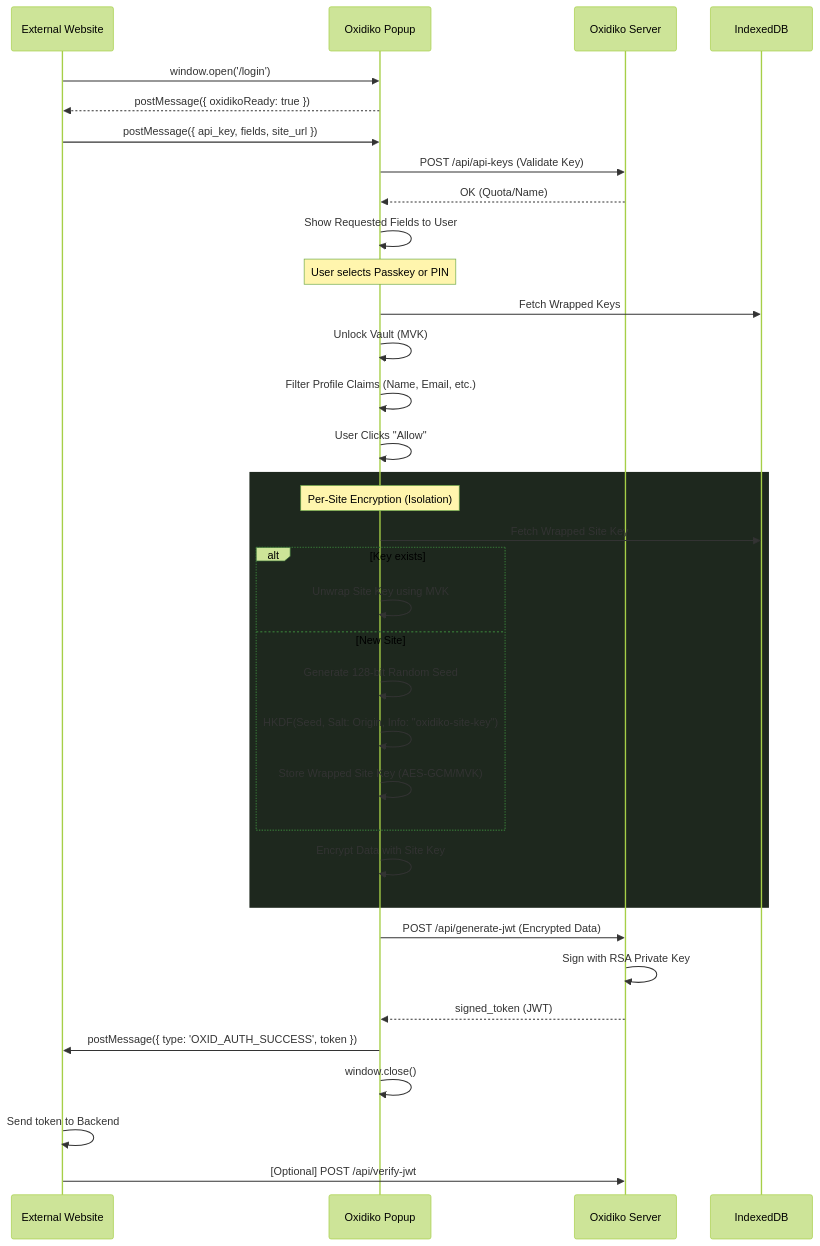
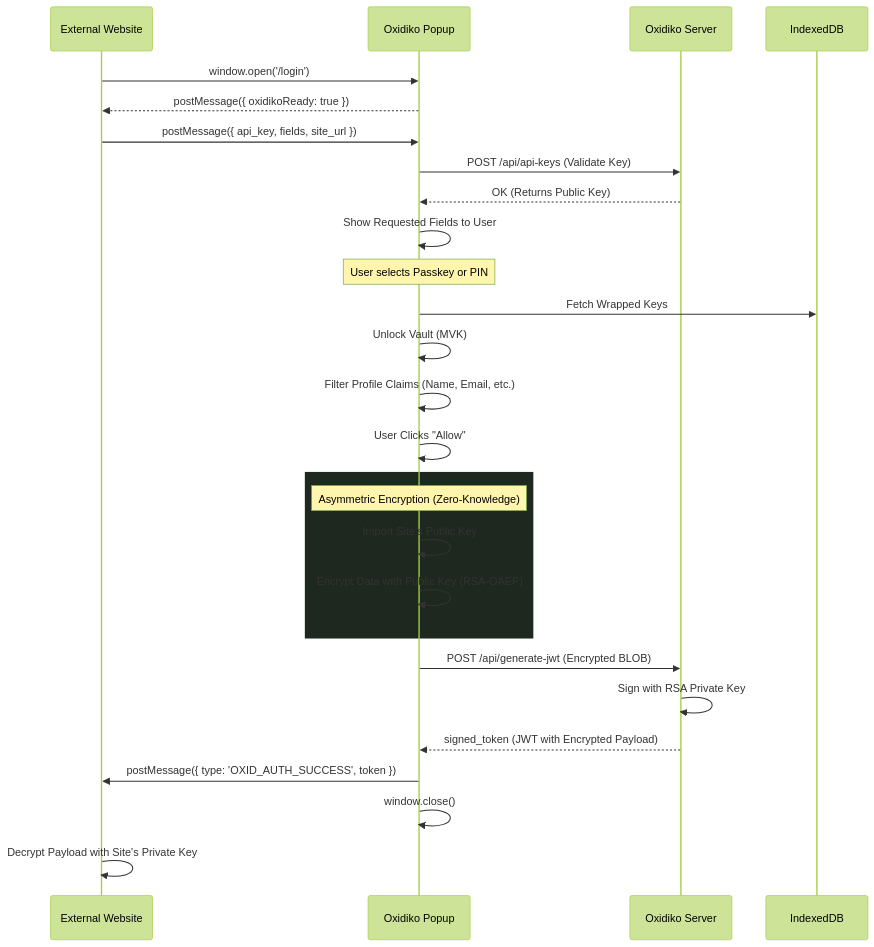
Before and after one commit to Oxidiko/Oxidiko: the fourth of 4 diagrams in DIAGRAM.md, drawn with Mermaid (forest theme). The commit also changed 11 other files, not shown here.

Commit message:
feat: introduce RSA public-key encryption for site-specific data and manage keys in the dashboard.

````diff
--- a/DIAGRAM.md
+++ b/DIAGRAM.md
@@ -95,47 +95,39 @@
 ```mermaid
 sequenceDiagram
     participant Site as External Website
     participant Pop as Oxidiko Popup
     participant S as Oxidiko Server
     participant DB as IndexedDB
 
     Site->>Pop: window.open('/login')
     Pop-->>Site: postMessage({ oxidikoReady: true })
     Site->>Pop: postMessage({ api_key, fields, site_url })
 
     Pop->>S: POST /api/api-keys (Validate Key)
-    S-->>Pop: OK (Quota/Name)
+    S-->>Pop: OK (Returns Public Key)
     
     Pop->>Pop: Show Requested Fields to User
     
     Note over Pop: User selects Passkey or PIN
     Pop->>DB: Fetch Wrapped Keys
     Pop->>Pop: Unlock Vault (MVK)
     
     Pop->>Pop: Filter Profile Claims (Name, Email, etc.)
     
     Pop->>Pop: User Clicks "Allow"
     
     rect rgb(30, 40, 30)
-        Note over Pop: Per-Site Encryption (Isolation)
-        Pop->>DB: Fetch Wrapped Site Key
-        alt Key exists
-            Pop->>Pop: Unwrap Site Key using MVK
-        else New Site
-            Pop->>Pop: Generate 128-bit Random Seed
-            Pop->>Pop: HKDF(Seed, Salt: Origin, Info: "oxidiko-site-key")
-            Pop->>Pop: Store Wrapped Site Key (AES-GCM/MVK)
-        end
-        Pop->>Pop: Encrypt Data with Site Key
+        Note over Pop: Asymmetric Encryption (Zero-Knowledge)
+        Pop->>Pop: Import Site's Public Key
+        Pop->>Pop: Encrypt Data with Public Key (RSA-OAEP)
     end
     
-    Pop->>S: POST /api/generate-jwt (Encrypted Data)
+    Pop->>S: POST /api/generate-jwt (Encrypted BLOB)
     S->>S: Sign with RSA Private Key
-    S-->>Pop: signed_token (JWT)
+    S-->>Pop: signed_token (JWT with Encrypted Payload)
     
     Pop->>Site: postMessage({ type: 'OXID_AUTH_SUCCESS', token })
     Pop->>Pop: window.close()
     
-    Site->>Site: Send token to Backend
-    Site->>S: [Optional] POST /api/verify-jwt
+    Site->>Site: Decrypt Payload with Site's Private Key
 ```
````
